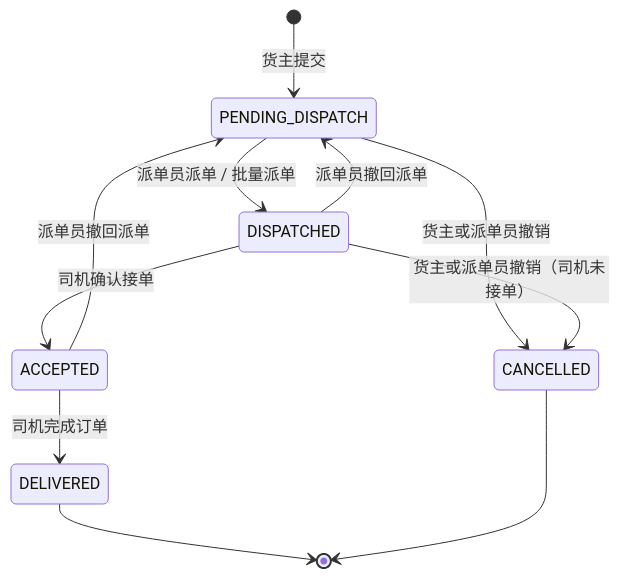
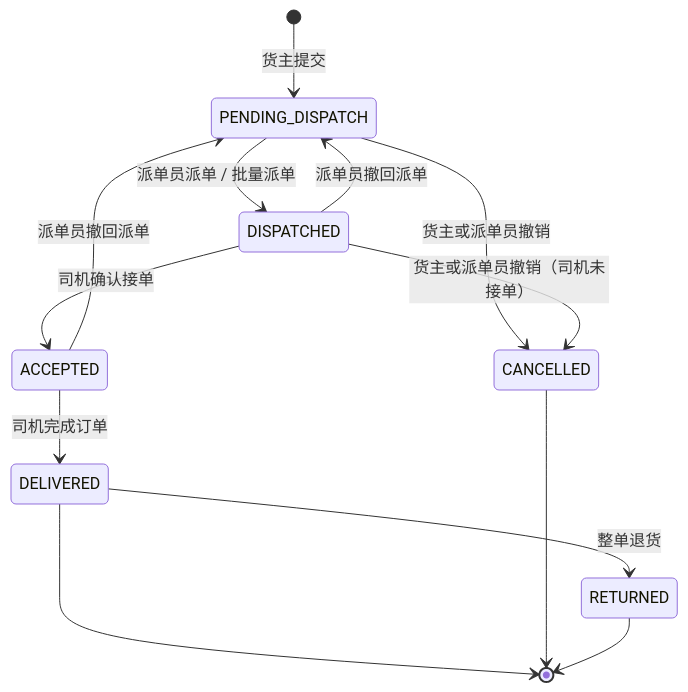
Before and after one commit to Tapmoay/SOrders: the diagram in docs/DOMAIN_MODEL.md, drawn with Mermaid. The commit also changed other lines of this file and 5 other files, not shown here.

````diff
--- a/docs/DOMAIN_MODEL.md
+++ b/docs/DOMAIN_MODEL.md
@@ -29,13 +33,15 @@
 ```mermaid
 stateDiagram-v2
   [*] --> PENDING_DISPATCH: 货主提交
   PENDING_DISPATCH --> DISPATCHED: 派单员派单 / 批量派单
   PENDING_DISPATCH --> CANCELLED: 货主或派单员撤销
   DISPATCHED --> ACCEPTED: 司机确认接单
   DISPATCHED --> PENDING_DISPATCH: 派单员撤回派单
   DISPATCHED --> CANCELLED: 货主或派单员撤销（司机未接单）
   ACCEPTED --> DELIVERED: 司机完成订单
   ACCEPTED --> PENDING_DISPATCH: 派单员撤回派单
+  DELIVERED --> RETURNED: 整单退货
   DELIVERED --> [*]
   CANCELLED --> [*]
+  RETURNED --> [*]
 ```
````
